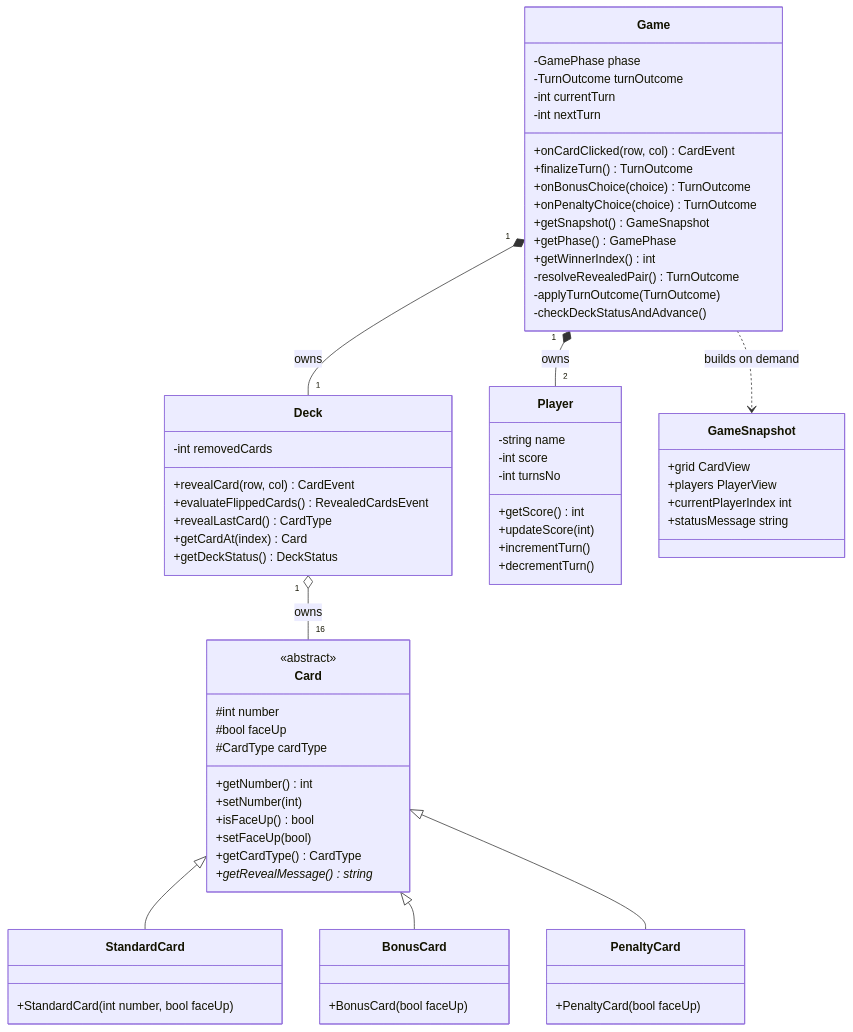
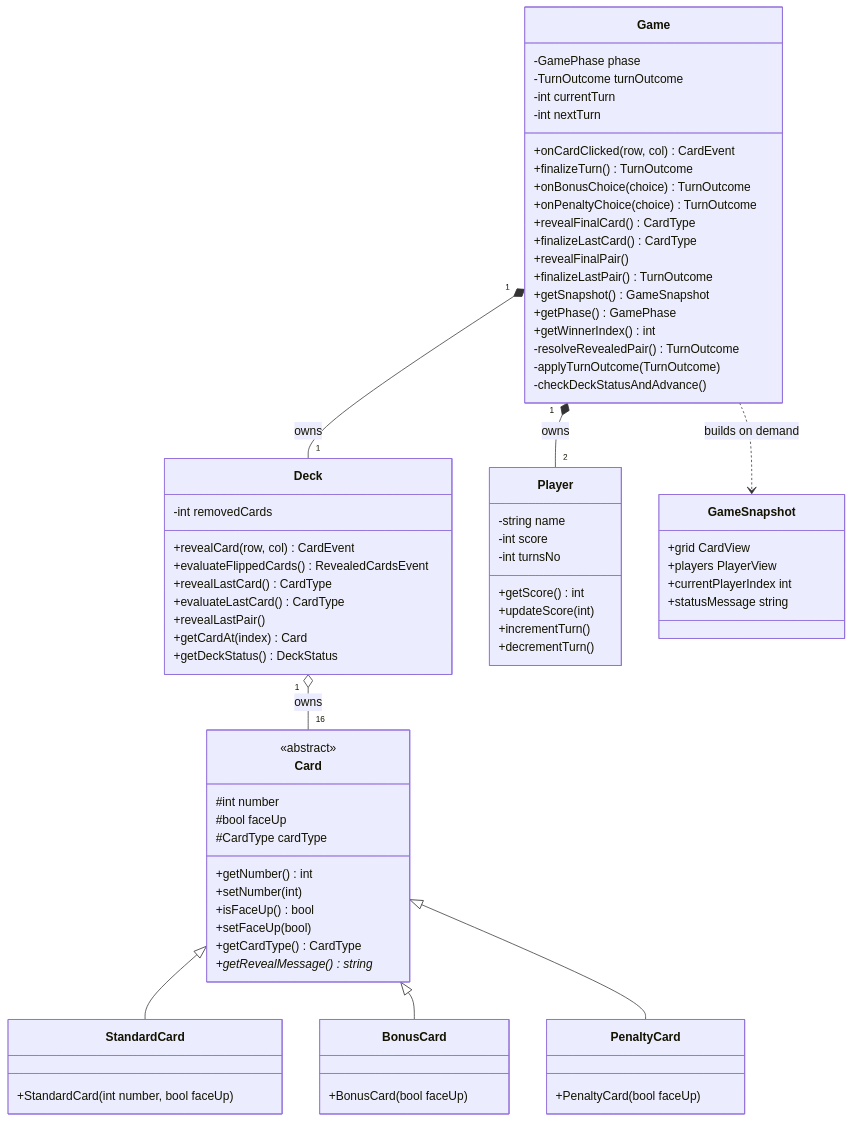
The first of 10 diagrams in docs/ARCHITECTURE.md (ahmed-marie/INCS101-Project-V2), drawn with Mermaid before and after one commit. The commit also changed other lines of this file and 11 other files, not shown here.

````diff
--- a/docs/ARCHITECTURE.md
+++ b/docs/ARCHITECTURE.md
@@ -77,74 +78,80 @@
 ```mermaid
 classDiagram
     class Card {
         <<abstract>>
         #int number
         #bool faceUp
         #CardType cardType
         +getNumber() int
         +setNumber(int)
         +isFaceUp() bool
         +setFaceUp(bool)
         +getCardType() CardType
         +getRevealMessage()* string
     }
     class StandardCard {
         +StandardCard(int number, bool faceUp)
     }
     class BonusCard {
         +BonusCard(bool faceUp)
     }
     class PenaltyCard {
         +PenaltyCard(bool faceUp)
     }
     Card <|-- StandardCard
     Card <|-- BonusCard
     Card <|-- PenaltyCard
 
     class Deck {
         -int removedCards
         +revealCard(row, col) CardEvent
         +evaluateFlippedCards() RevealedCardsEvent
         +revealLastCard() CardType
+        +evaluateLastCard() CardType
+        +revealLastPair()
         +getCardAt(index) Card
         +getDeckStatus() DeckStatus
     }
     Deck "1" o-- "16" Card : owns
 
     class Player {
         -string name
         -int score
         -int turnsNo
         +getScore() int
         +updateScore(int)
         +incrementTurn()
         +decrementTurn()
     }
 
     class Game {
         -GamePhase phase
         -TurnOutcome turnOutcome
         -int currentTurn
         -int nextTurn
         +onCardClicked(row, col) CardEvent
         +finalizeTurn() TurnOutcome
         +onBonusChoice(choice) TurnOutcome
         +onPenaltyChoice(choice) TurnOutcome
+        +revealFinalCard() CardType
+        +finalizeLastCard() CardType
+        +revealFinalPair()
+        +finalizeLastPair() TurnOutcome
         +getSnapshot() GameSnapshot
         +getPhase() GamePhase
         +getWinnerIndex() int
         -resolveRevealedPair() TurnOutcome
         -applyTurnOutcome(TurnOutcome)
         -checkDeckStatusAndAdvance()
     }
     Game "1" *-- "2" Player : owns
     Game "1" *-- "1" Deck : owns
     Game ..> GameSnapshot : builds on demand
 
     class GameSnapshot {
         +grid CardView
         +players PlayerView
         +currentPlayerIndex int
         +statusMessage string
     }
 ```
````
